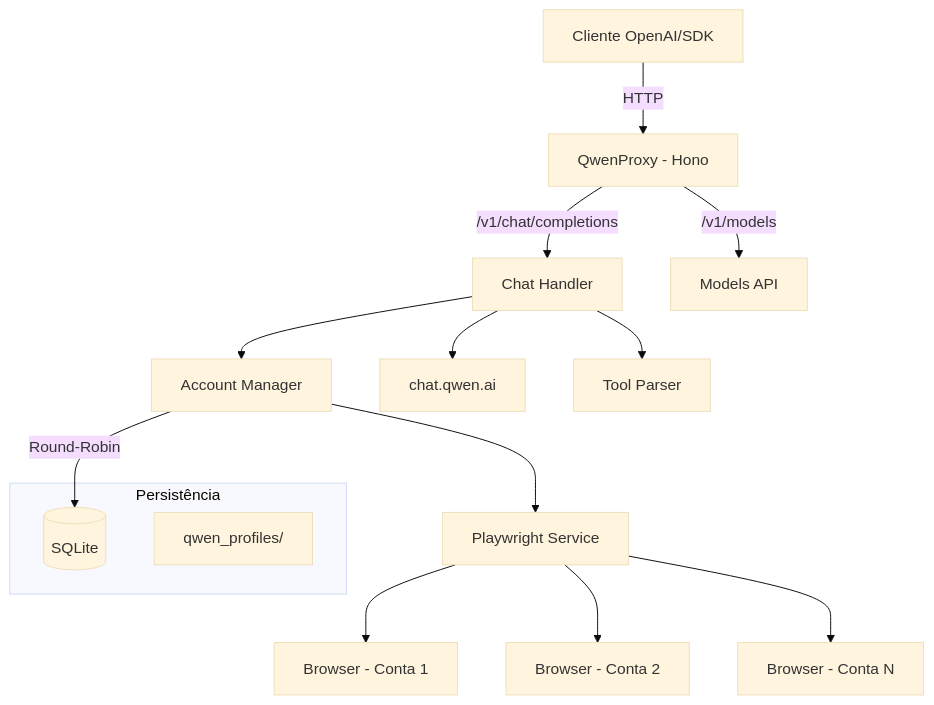
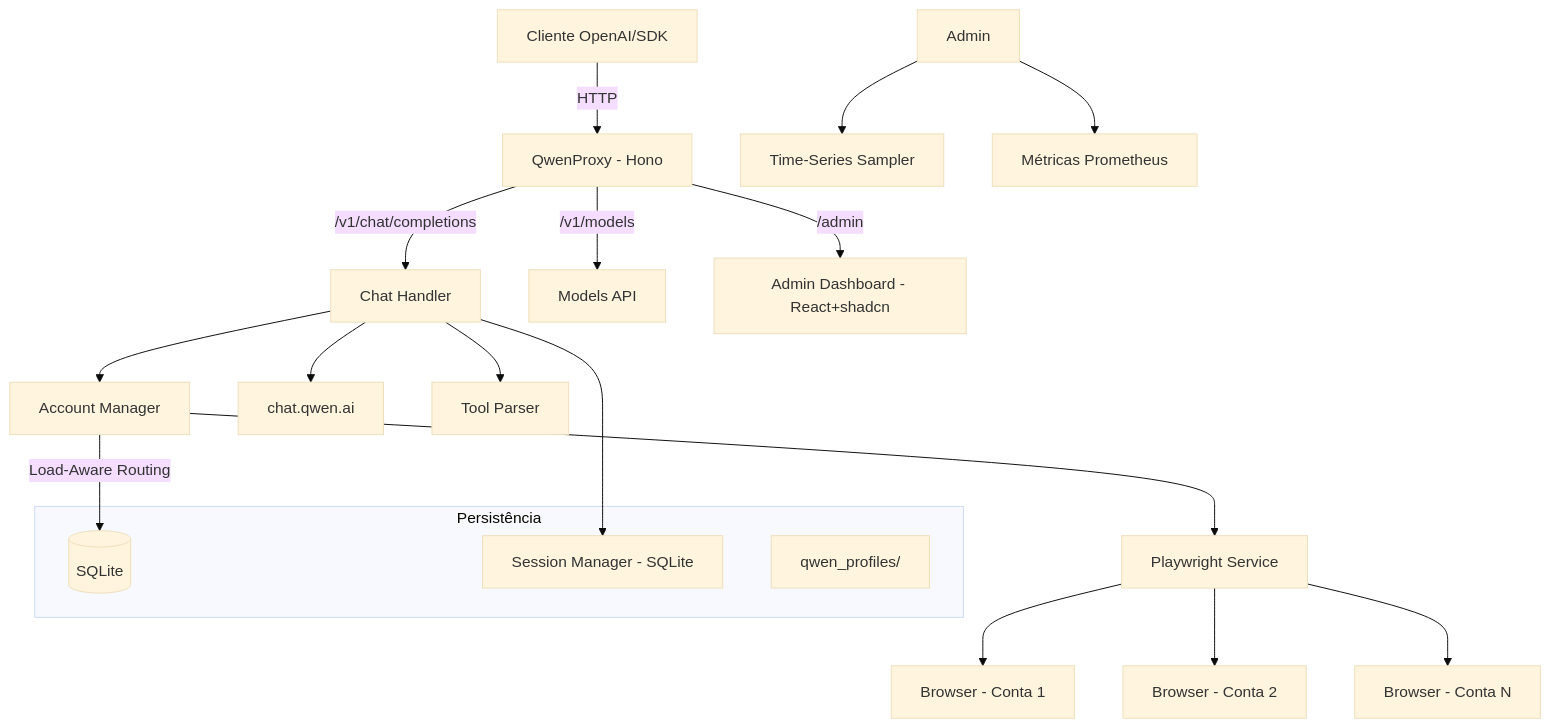
The diagram in README.md (GabrielUzeda/qwenproxy), drawn with Mermaid (base theme) before and after one commit. The commit also changed other lines of this file and 1 other file, not shown here.

Commit message:
docs: update README with new structure, admin dashboard screen and logo

````diff
--- a/README.md
+++ b/README.md
@@ -33,19 +38,24 @@
 ```mermaid
 graph TD
     Client[Cliente OpenAI/SDK] -->|HTTP| Proxy[QwenProxy - Hono]
     Proxy -->|/v1/chat/completions| Handler[Chat Handler]
     Proxy -->|/v1/models| Models[Models API]
+    Proxy -->|/admin| Dashboard[Admin Dashboard - React+shadcn]
     Handler --> AccountMgr[Account Manager]
-    AccountMgr -->|Round-Robin| Accounts[(SQLite)]
+    AccountMgr -->|Load-Aware Routing| Accounts[(SQLite)]
     AccountMgr --> Playwright[Playwright Service]
     Playwright --> Browser1[Browser - Conta 1]
     Playwright --> Browser2[Browser - Conta 2]
     Playwright --> BrowserN[Browser - Conta N]
     Handler --> QwenAPI[chat.qwen.ai]
     Handler --> Tools[Tool Parser]
+    Handler --> Sessions[Session Manager - SQLite]
+    Admin --> TimeSeries[Time-Series Sampler]
+    Admin --> MetricsSvc[Métricas Prometheus]
 
     subgraph "Persistência"
         Accounts
         Profiles[qwen_profiles/]
+        Sessions
     end
 ```
````
